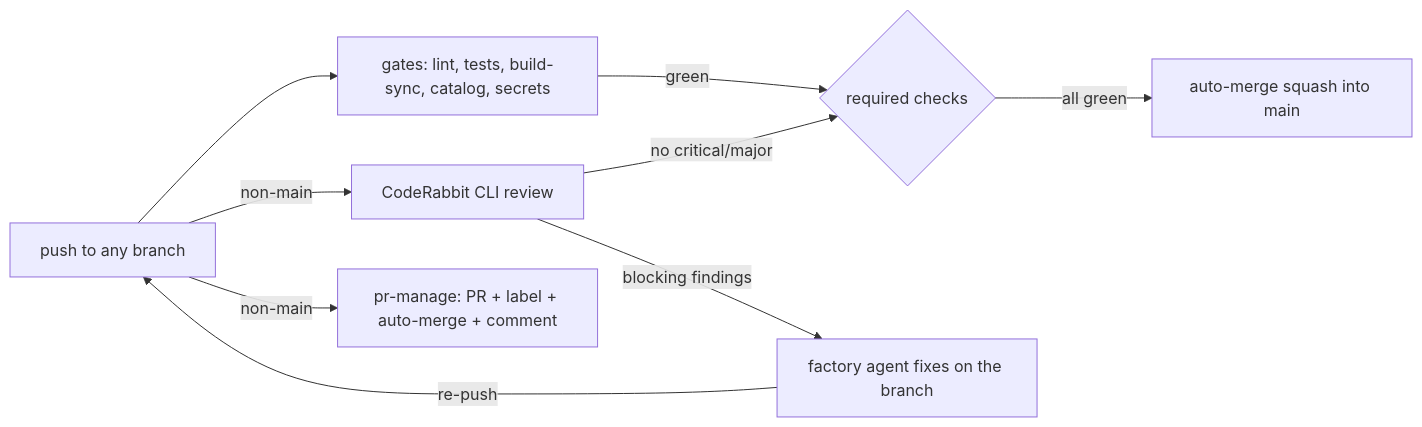
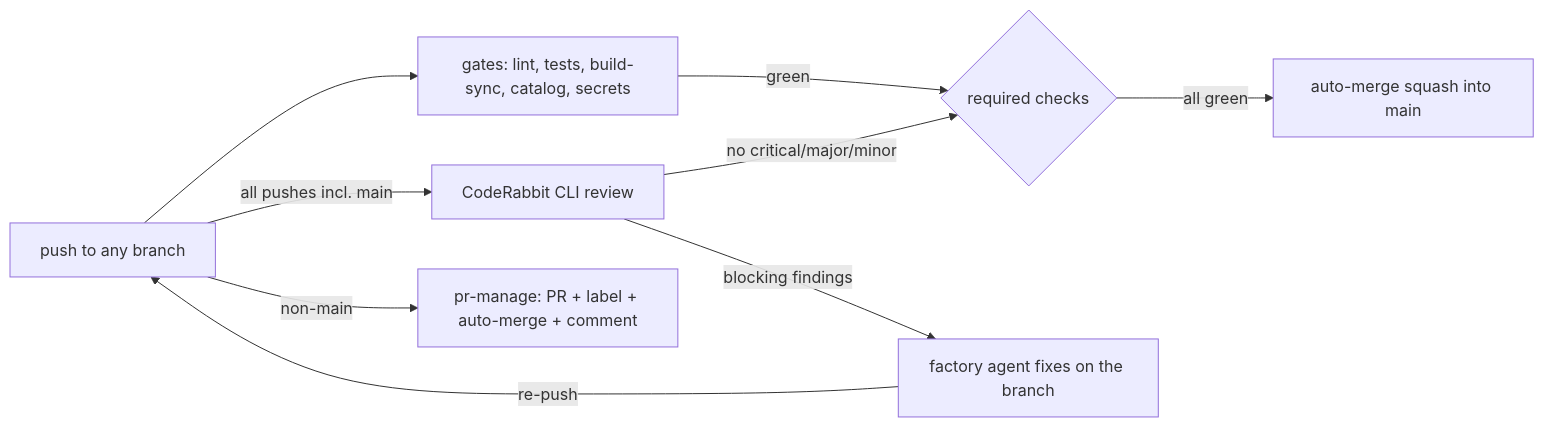
Before and after one commit to Hana-X-AI/HX-ASF-Servers: the diagram in docs/cicd-pipeline.md, drawn with Mermaid. The commit also changed other lines of this file and 38 other files, not shown here.

````diff
--- a/docs/cicd-pipeline.md
+++ b/docs/cicd-pipeline.md
@@ -51,11 +56,11 @@
 ```mermaid
 flowchart LR
     A[push to any branch] --> B[gates: lint, tests, build-sync, catalog, secrets]
-    A -->|non-main| C[CodeRabbit CLI review]
+    A -->|all pushes incl. main| C[CodeRabbit CLI review]
     A -->|non-main| D[pr-manage: PR + label + auto-merge + comment]
     B -->|green| E{required checks}
-    C -->|no critical/major| E
+    C -->|no critical/major/minor| E
     C -->|blocking findings| F[factory agent fixes on the branch]
     F -->|re-push| A
     E -->|all green| G[auto-merge squash into main]
 ```
````
